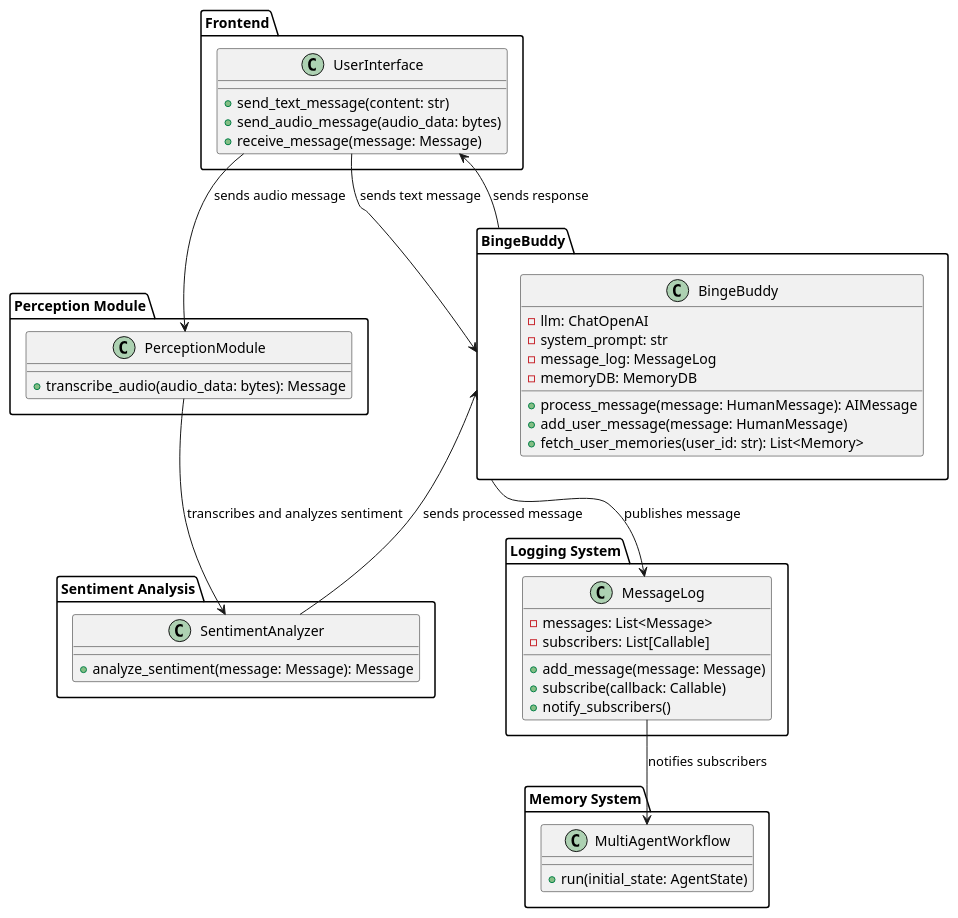
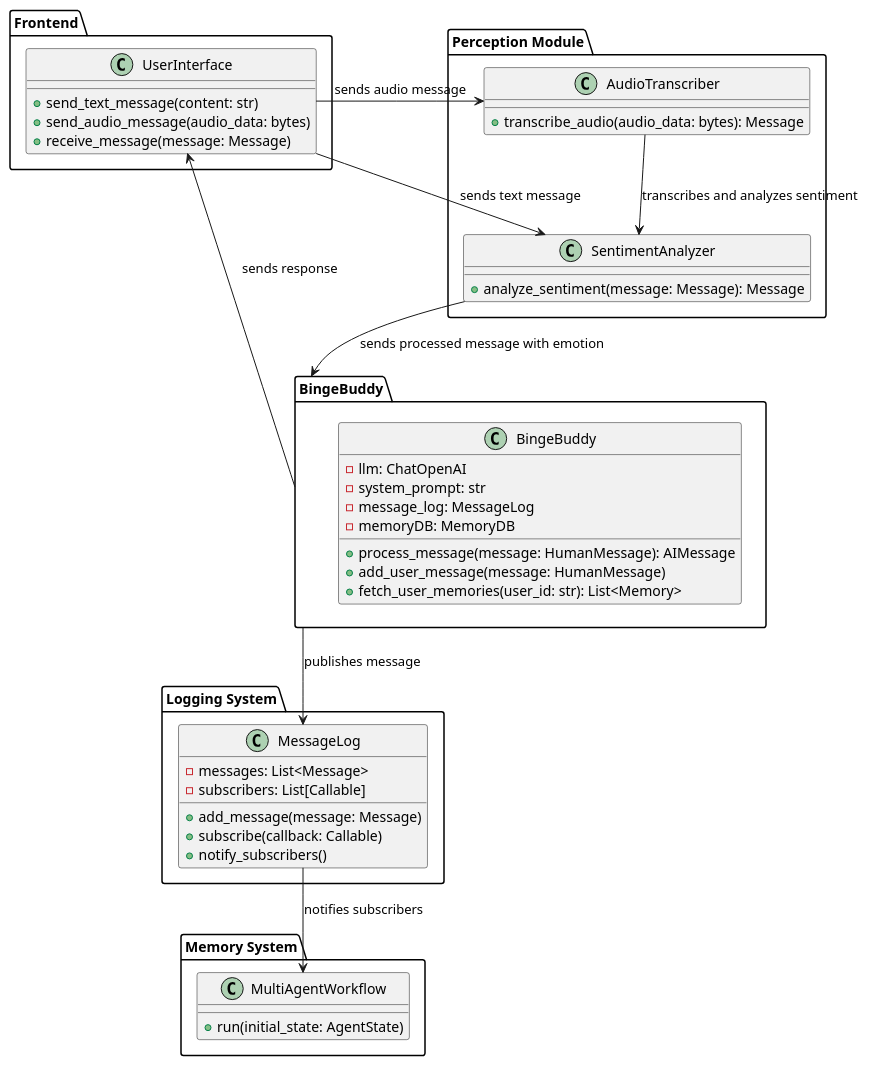
Before and after one commit to kanta8864/conversational-agents-project: the diagram in design/binge-buddy-class-diagram.puml, drawn with PlantUML. The commit also changed 1 other file, not shown here.

Commit message:
fix binge-buddy diagram

```diff
--- a/design/binge-buddy-class-diagram.puml
+++ b/design/binge-buddy-class-diagram.puml
@@ -1,60 +1,58 @@
 @startuml
 
 
 package "Frontend" {
     class UserInterface {
         + send_text_message(content: str)
         + send_audio_message(audio_data: bytes)
         + receive_message(message: Message)
     }
 }
 
 package "Perception Module" {
-    class PerceptionModule {
+    class AudioTranscriber {
         + transcribe_audio(audio_data: bytes): Message
     }
-}
 
-package "Sentiment Analysis" {
     class SentimentAnalyzer {
         + analyze_sentiment(message: Message): Message
     }
 }
 
 package "Logging System" {
     class MessageLog {
         - messages: List<Message>
         - subscribers: List[Callable]
         + add_message(message: Message)
         + subscribe(callback: Callable)
         + notify_subscribers()
     }
 }
 
 package "BingeBuddy" {
     class BingeBuddy {
         - llm: ChatOpenAI
         - system_prompt: str
         - message_log: MessageLog
         - memoryDB: MemoryDB
         + process_message(message: HumanMessage): AIMessage
         + add_user_message(message: HumanMessage)
         + fetch_user_memories(user_id: str): List<Memory>
     }
 }
 
 package "Memory System" {
     class MultiAgentWorkflow {
         + run(initial_state: AgentState)
     }
 }
 
-UserInterface --> BingeBuddy : sends text message
-UserInterface --> PerceptionModule : sends audio message
-PerceptionModule --> SentimentAnalyzer : transcribes and analyzes sentiment
-SentimentAnalyzer --> BingeBuddy : sends processed message
+UserInterface --> SentimentAnalyzer : sends text message
+UserInterface --> AudioTranscriber : sends audio message
+AudioTranscriber --> SentimentAnalyzer : transcribes and analyzes sentiment
+SentimentAnalyzer --> BingeBuddy : sends processed message with emotion
 BingeBuddy --> MessageLog : publishes message
 MessageLog --> MultiAgentWorkflow : notifies subscribers
 BingeBuddy --> UserInterface : sends response
 
 @enduml
```
